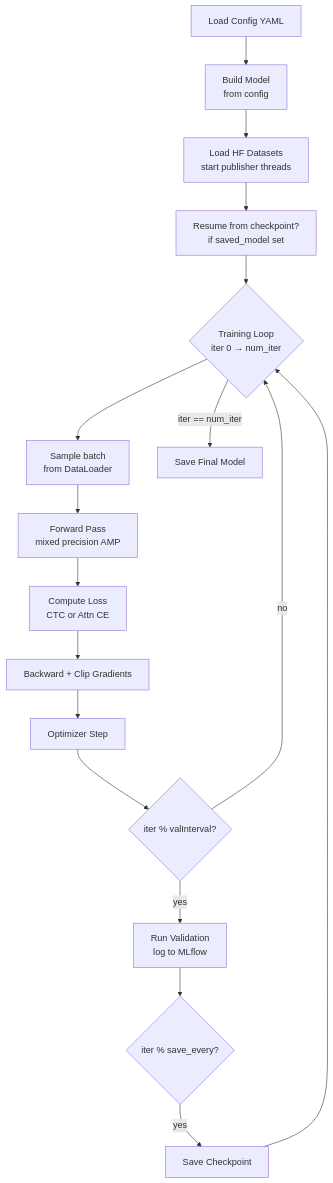
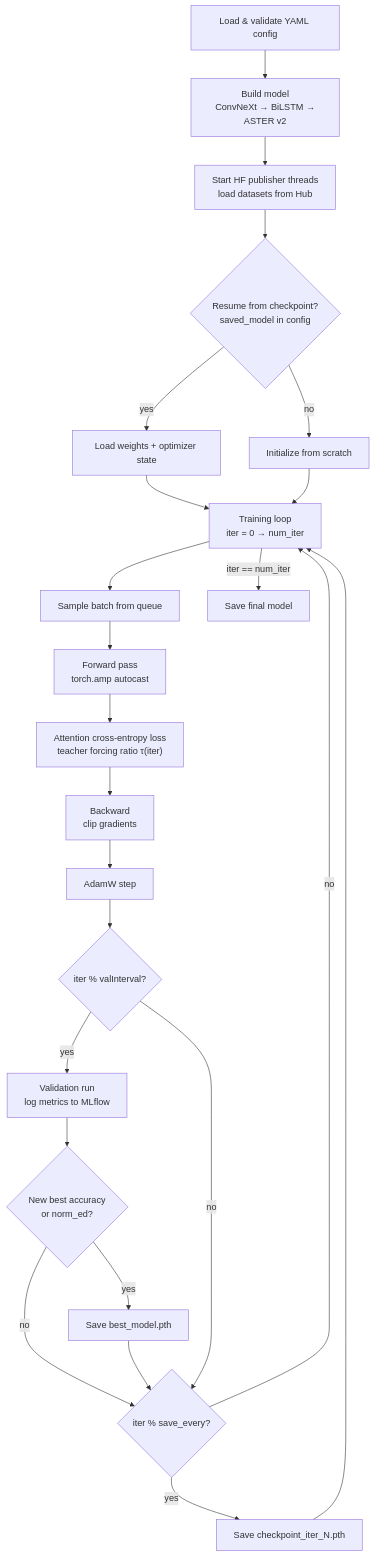
The seventh of 9 diagrams in README.md (CharlyJazz/OCR-Aster-ConvNeXt-Trainer), drawn with Mermaid before and after one commit. The commit also changed other lines of this file, not shown here.

First line of the commit message:
docs: simplify to single fixed architecture — ConvNeXt + BiLSTM + ASTER v2

````diff
--- a/README.md
+++ b/README.md
@@ -330,20 +350,26 @@
 ```mermaid
 flowchart TD
-    A[Load Config YAML] --> B[Build Model\nfrom config]
-    B --> C[Load HF Datasets\nstart publisher threads]
-    C --> D[Resume from checkpoint?\nif saved_model set]
-    D --> E{Training Loop\niter 0 → num_iter}
-
-    E --> F[Sample batch\nfrom DataLoader]
-    F --> G[Forward Pass\nmixed precision AMP]
-    G --> H[Compute Loss\nCTC or Attn CE]
-    H --> I[Backward + Clip Gradients]
-    I --> J[Optimizer Step]
-    J --> K{iter % valInterval?}
-    K -->|yes| L[Run Validation\nlog to MLflow]
-    K -->|no| E
-    L --> M{iter % save_every?}
-    M -->|yes| N[Save Checkpoint]
-    N --> E
-    E -->|iter == num_iter| O[Save Final Model]
+    A["Load & validate YAML config"] --> B["Build model\n ConvNeXt → BiLSTM → ASTER v2"]
+    B --> C["Start HF publisher threads\nload datasets from Hub"]
+    C --> D{"Resume from checkpoint?\nsaved_model in config"}
+    D -->|yes| E["Load weights + optimizer state"]
+    D -->|no| F["Initialize from scratch"]
+    E --> G
+    F --> G["Training loop\niter = 0 → num_iter"]
+    G --> H["Sample batch from queue"]
+    H --> I["Forward pass\ntorch.amp autocast"]
+    I --> J["Attention cross-entropy loss\nteacher forcing ratio τ(iter)"]
+    J --> K["Backward\nclip gradients"]
+    K --> L["AdamW step"]
+    L --> M{"iter % valInterval?"}
+    M -->|yes| N["Validation run\nlog metrics to MLflow"]
+    N --> O{"New best accuracy\nor norm_ed?"}
+    O -->|yes| P["Save best_model.pth"]
+    O -->|no| M2
+    P --> M2
+    M -->|no| M2{"iter % save_every?"}
+    M2 -->|yes| Q["Save checkpoint_iter_N.pth"]
+    M2 -->|no| G
+    Q --> G
+    G -->|iter == num_iter| R["Save final model"]
 ```
````
